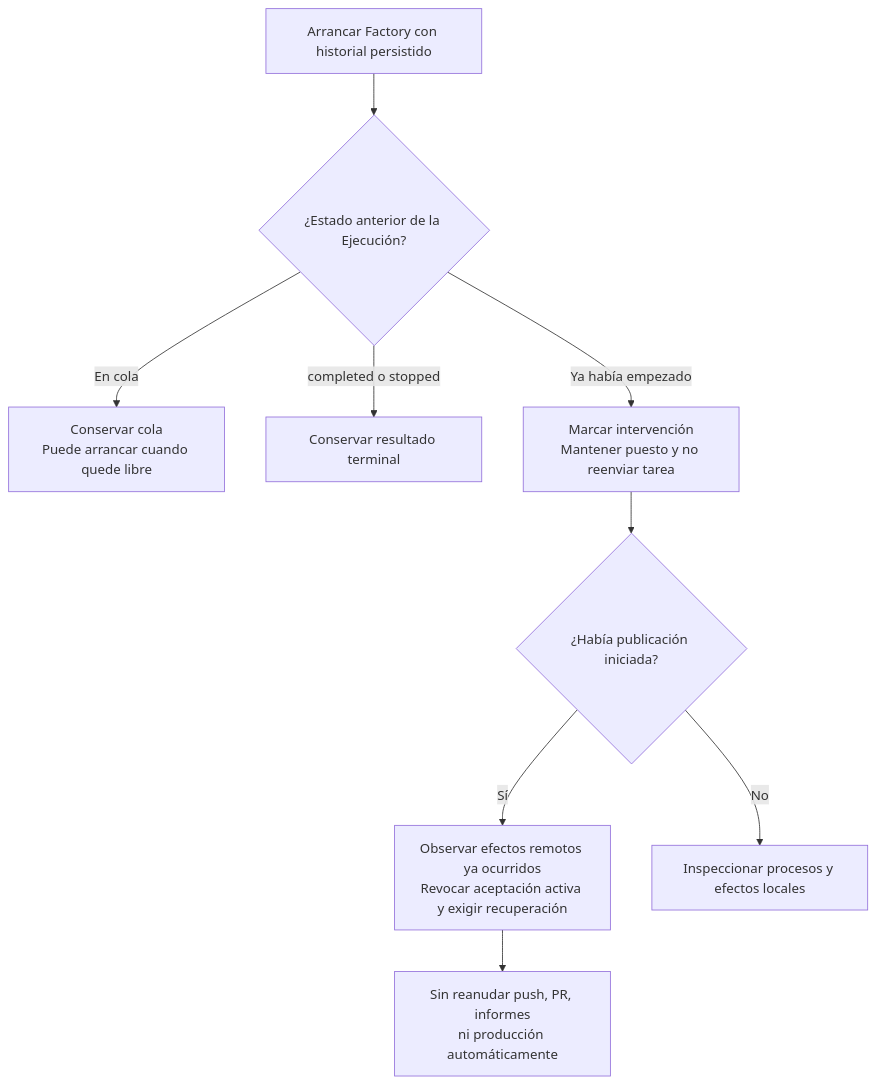
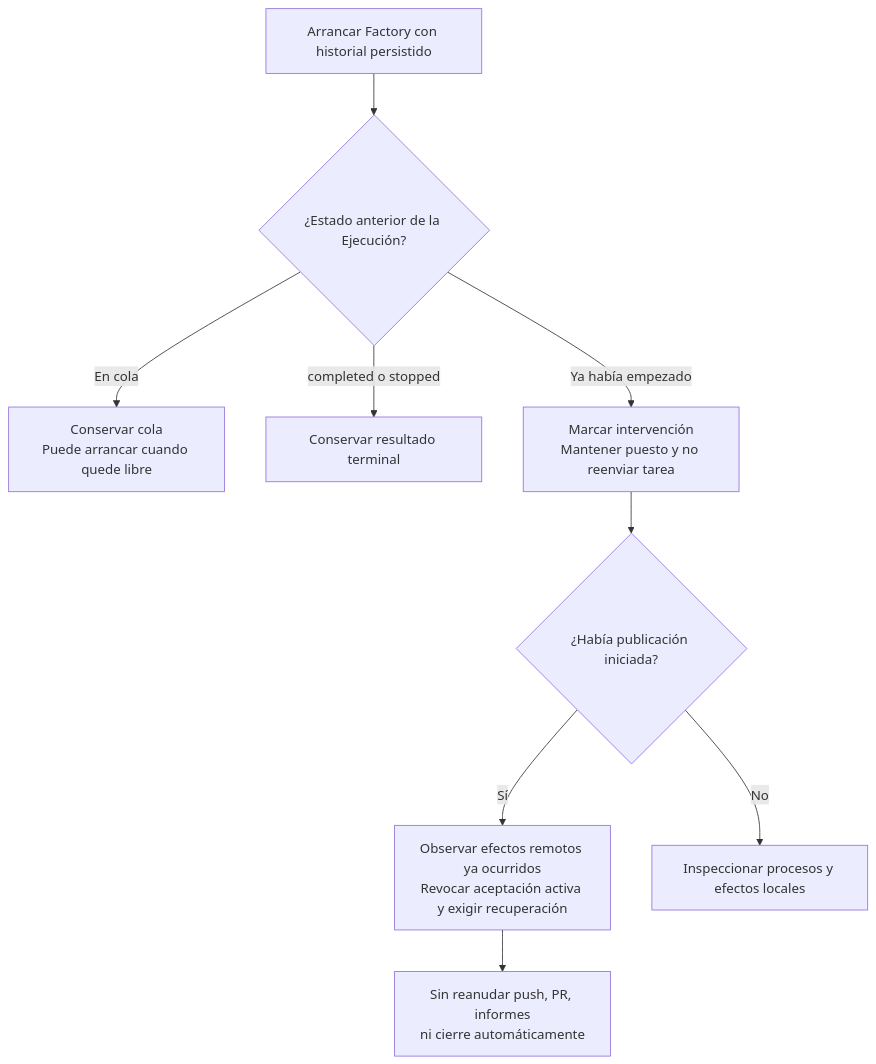
One commit to rubenbp/app-foundry changed the second of 2 diagrams in docs/manual/05-variantes-e-intervencion.md. Above: the diagram before and after it, drawn with Mermaid. The commit also changed other lines of this file and 12 other files, not shown here.

Commit message:
docs: simplify issue authoring and MVP completion flow

````diff
--- a/docs/manual/05-variantes-e-intervencion.md
+++ b/docs/manual/05-variantes-e-intervencion.md
@@ -93,11 +89,11 @@
 ```mermaid
 flowchart TD
     R["Arrancar Factory con historial persistido"] --> S{"¿Estado anterior de la Ejecución?"}
     S -->|"En cola"| Q["Conservar cola<br/>Puede arrancar cuando quede libre"]
     S -->|"completed o stopped"| T["Conservar resultado terminal"]
     S -->|"Ya había empezado"| I["Marcar intervención<br/>Mantener puesto y no reenviar tarea"]
     I --> P{"¿Había publicación iniciada?"}
     P -->|"Sí"| O["Observar efectos remotos ya ocurridos<br/>Revocar aceptación activa y exigir recuperación"]
     P -->|"No"| C["Inspeccionar procesos y efectos locales"]
-    O --> H["Sin reanudar push, PR, informes<br/>ni producción automáticamente"]
+    O --> H["Sin reanudar push, PR, informes<br/>ni cierre automáticamente"]
 ```
````
